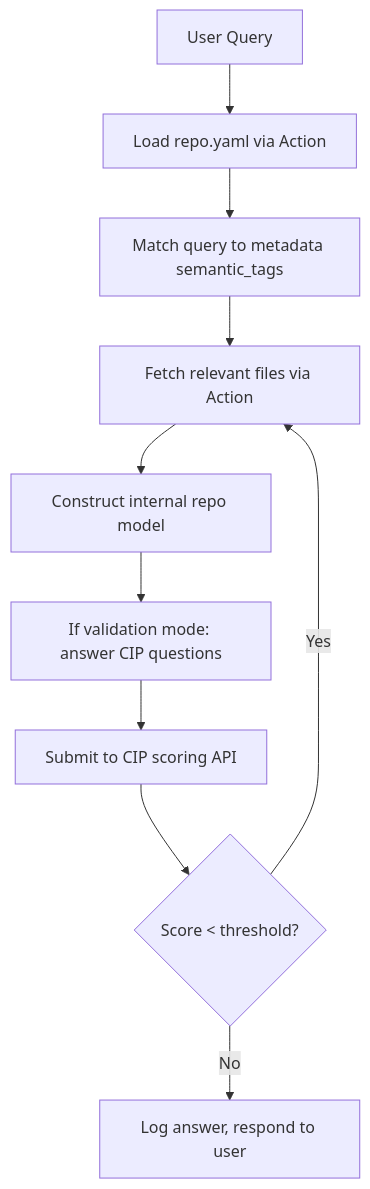
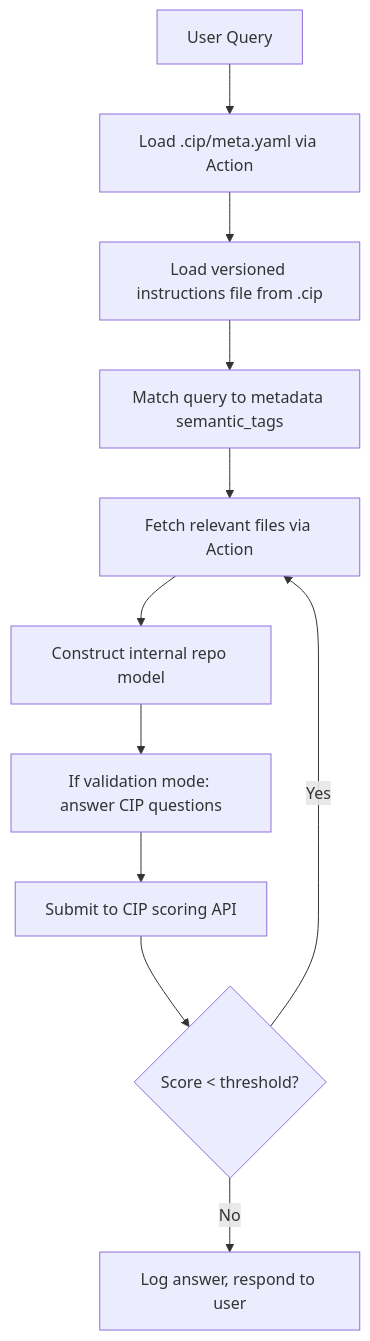
One commit to dawnfield-institute/dawn-field-theory changed the diagram in cognition_index_protocol/gpt/CIP_GPT_architecturev2.md. Above: the diagram before and after it, drawn with Mermaid. The commit also changed other lines of this file and 5 other files, not shown here.

````diff
--- a/cognition_index_protocol/gpt/CIP_GPT_architecturev2.md
+++ b/cognition_index_protocol/gpt/CIP_GPT_architecturev2.md
@@ -104,12 +117,13 @@
 ```mermaid
 graph TD
-  A[User Query] --> B[Load repo.yaml via Action]
-  B --> C[Match query to metadata semantic_tags]
-  C --> D[Fetch relevant files via Action]
-  D --> E[Construct internal repo model]
-  E --> F[If validation mode: answer CIP questions]
-  F --> G[Submit to CIP scoring API]
-  G --> H{Score < threshold?}
-  H -- Yes --> D
-  H -- No --> I[Log answer, respond to user]
+  A[User Query] --> B[Load .cip/meta.yaml via Action]
+  B --> C[Load versioned instructions file from .cip]
+  C --> D[Match query to metadata semantic_tags]
+  D --> E[Fetch relevant files via Action]
+  E --> F[Construct internal repo model]
+  F --> G[If validation mode: answer CIP questions]
+  G --> H[Submit to CIP scoring API]
+  H --> I{Score < threshold?}
+  I -- Yes --> E
+  I -- No --> J[Log answer, respond to user]
 ```
````
